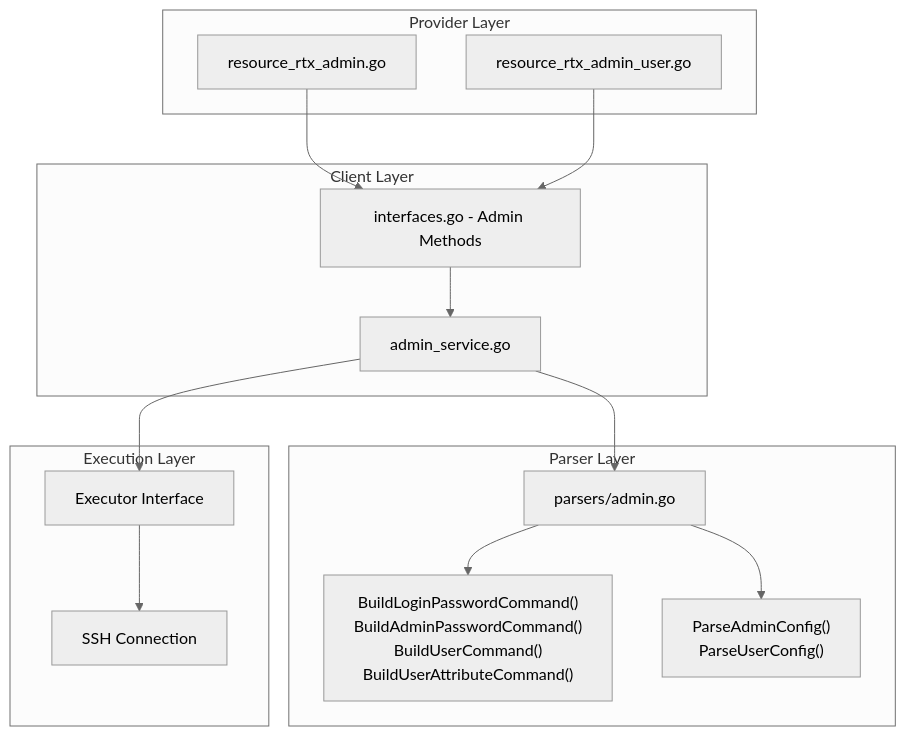
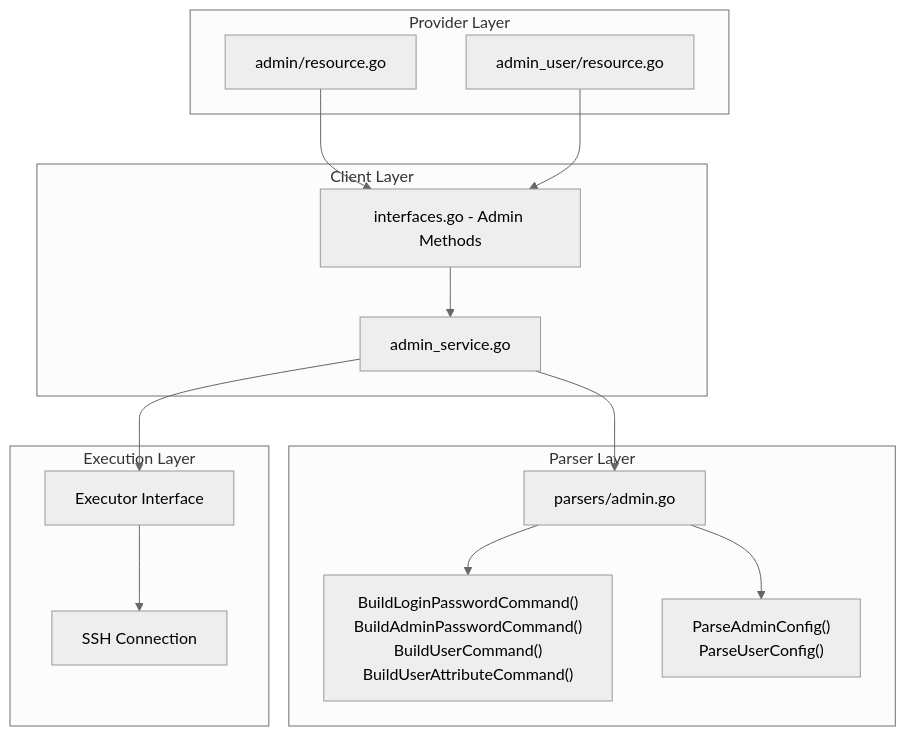
The first of 3 diagrams in .spec-workflow/master-specs/admin/design.md (shin1ohno/terraform-provider-rtx), drawn with Mermaid (neutral theme) before and after one commit. The commit also changed other lines of this file and 43 other files, not shown here.

````diff
--- a/.spec-workflow/master-specs/admin/design.md
+++ b/.spec-workflow/master-specs/admin/design.md
@@ -62,32 +62,32 @@
 ```mermaid
 graph TD
     subgraph "Provider Layer"
-        AdminResource["resource_rtx_admin.go"]
-        AdminUserResource["resource_rtx_admin_user.go"]
+        AdminResource["admin/resource.go"]
+        AdminUserResource["admin_user/resource.go"]
     end
 
     subgraph "Client Layer"
         ClientInterface["interfaces.go - Admin Methods"]
         AdminService["admin_service.go"]
     end
 
     subgraph "Parser Layer"
         AdminParser["parsers/admin.go"]
         CommandBuilders["BuildLoginPasswordCommand()<br>BuildAdminPasswordCommand()<br>BuildUserCommand()<br>BuildUserAttributeCommand()"]
         OutputParsers["ParseAdminConfig()<br>ParseUserConfig()"]
     end
 
     subgraph "Execution Layer"
         Executor["Executor Interface"]
         SSH["SSH Connection"]
     end
 
     AdminResource --> ClientInterface
     AdminUserResource --> ClientInterface
     ClientInterface --> AdminService
     AdminService --> AdminParser
     AdminParser --> CommandBuilders
     AdminParser --> OutputParsers
     AdminService --> Executor
     Executor --> SSH
 ```
````
